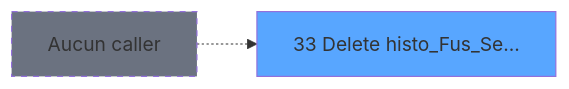
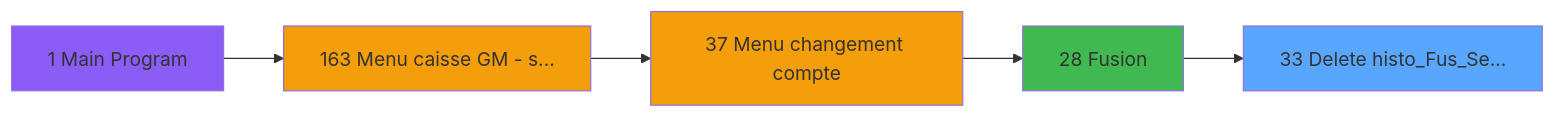
One commit to thonyAGP/magic-migration changed the second of 3 diagrams in .openspec/specs/ADH-IDE-33.md. Above: the diagram before and after it, drawn with Mermaid. The commit also changed other lines of this file and 253 other files, not shown here.

````diff
--- a/.openspec/specs/ADH-IDE-33.md
+++ b/.openspec/specs/ADH-IDE-33.md
@@ -145,8 +160,17 @@
 ```mermaid
 graph LR
     T33[33 Delete histo_Fus_Se...]
     style T33 fill:#58a6ff
-    NONE[Aucun caller]
-    NONE -.-> T33
-    style NONE fill:#6b7280,stroke-dasharray: 5 5
+    CC1[1 Main Program]
+    style CC1 fill:#8b5cf6
+    CC163[163 Menu caisse GM - s...]
+    style CC163 fill:#f59e0b
+    CC37[37 Menu changement compte]
+    style CC37 fill:#f59e0b
+    CC28[28 Fusion]
+    style CC28 fill:#3fb950
+    CC37 --> CC28
+    CC163 --> CC37
+    CC1 --> CC163
+    CC28 --> T33
 ```
````
